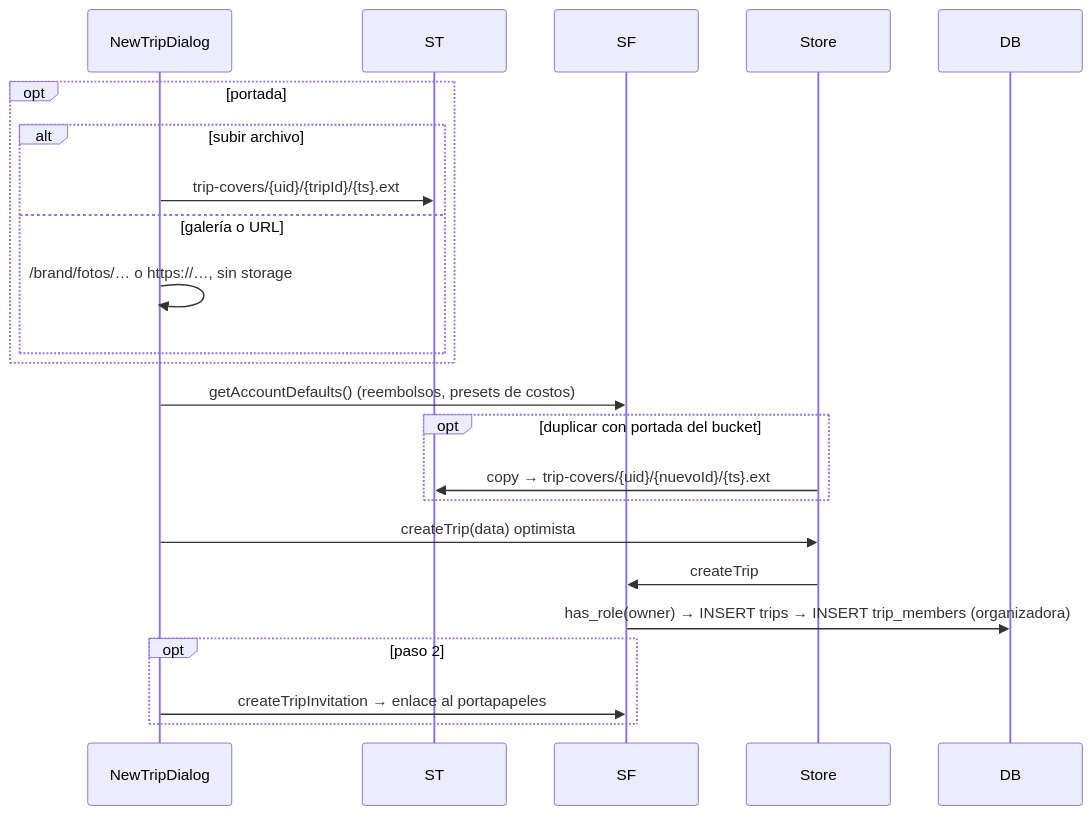
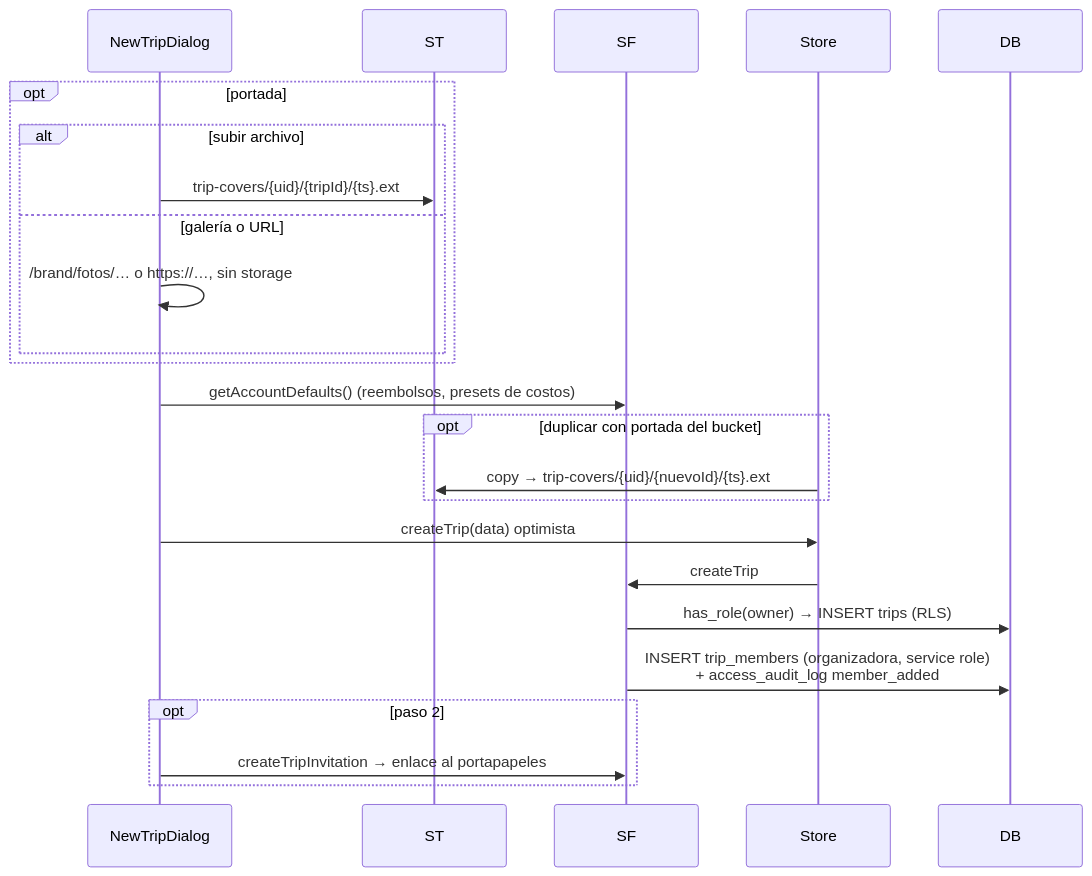
One commit to gaby26203/planeii changed the sixth of 20 diagrams in docs/flujos.md. Above: the diagram before and after it, drawn with Mermaid. The commit also changed other lines of this file and 6 other files, not shown here.

````diff
--- a/docs/flujos.md
+++ b/docs/flujos.md
@@ -187,25 +189,26 @@
 ```mermaid
 sequenceDiagram
   participant UI as NewTripDialog
   participant ST
   participant SF
   participant S as Store
   participant DB
   opt portada
     alt subir archivo
       UI->>ST: trip-covers/{uid}/{tripId}/{ts}.ext
     else galería o URL
       UI->>UI: /brand/fotos/… o https://…, sin storage
     end
   end
   UI->>SF: getAccountDefaults() (reembolsos, presets de costos)
   opt duplicar con portada del bucket
     S->>ST: copy → trip-covers/{uid}/{nuevoId}/{ts}.ext
   end
   UI->>S: createTrip(data) optimista
   S->>SF: createTrip
-  SF->>DB: has_role(owner) → INSERT trips → INSERT trip_members (organizadora)
+  SF->>DB: has_role(owner) → INSERT trips (RLS)
+  SF->>DB: INSERT trip_members (organizadora, service role)<br/>+ access_audit_log member_added
   opt paso 2
     UI->>SF: createTripInvitation → enlace al portapapeles
   end
 ```
````
